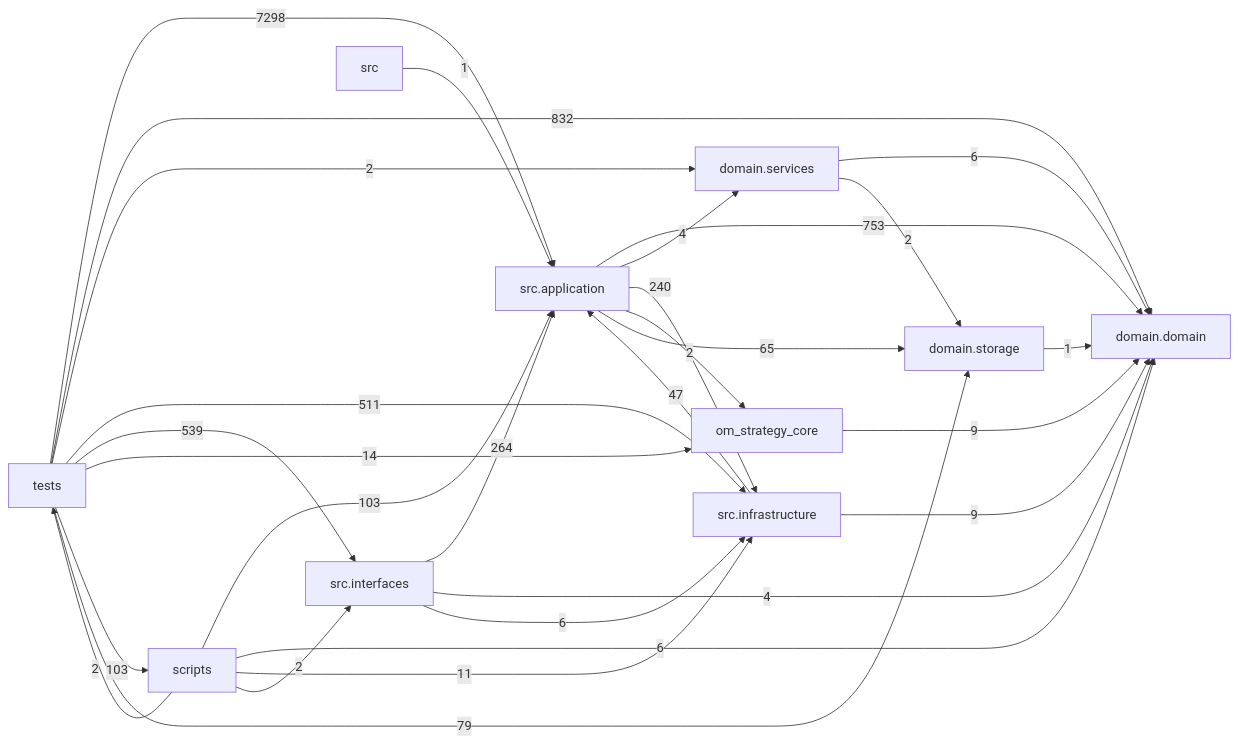
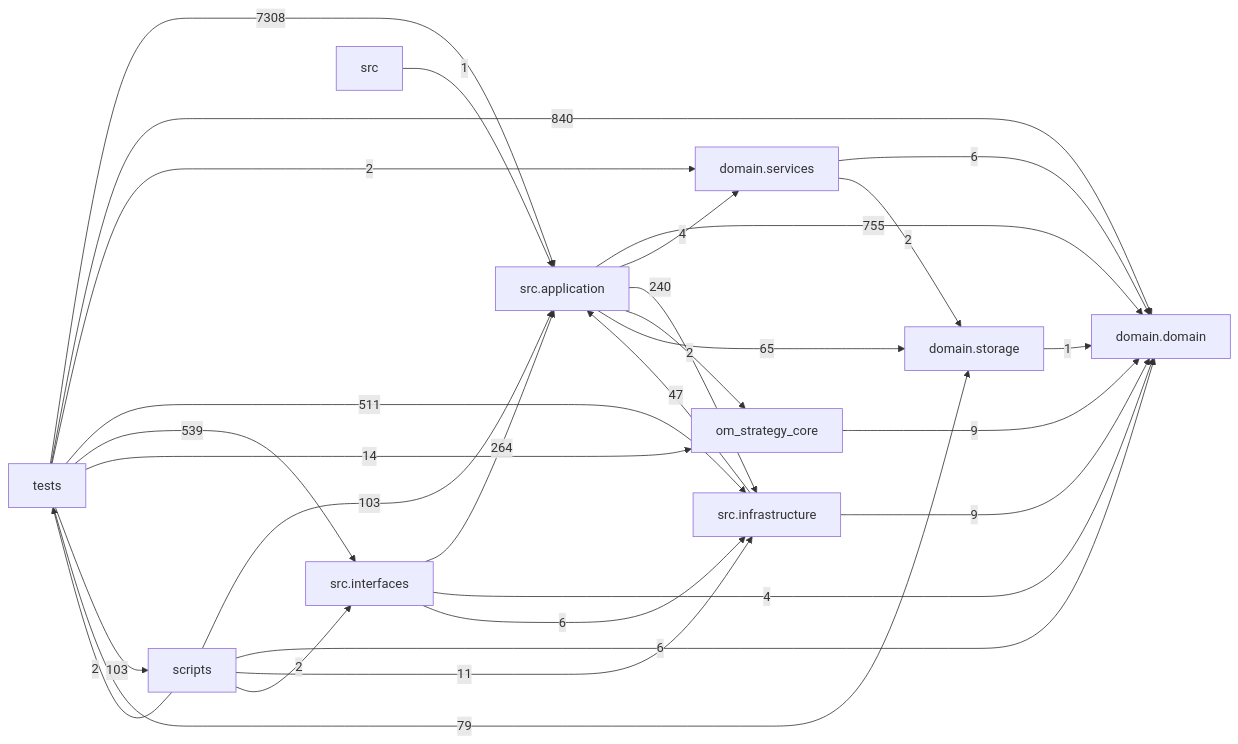
One commit to liuxie066/options-monitor changed the diagram in docs/DEPENDENCY_GRAPH.md. Above: the diagram before and after it, drawn with Mermaid. The commit also changed other lines of this file and 34 other files, not shown here.

````diff
--- a/docs/DEPENDENCY_GRAPH.md
+++ b/docs/DEPENDENCY_GRAPH.md
@@ -24,39 +24,39 @@
 ```mermaid
 flowchart LR
   tests["tests"]
   scripts["scripts"]
   interfaces["src.interfaces"]
   application["src.application"]
   infrastructure["src.infrastructure"]
   domain_services["domain.services"]
   domain["domain.domain"]
   storage["domain.storage"]
-  application -->|753| domain
+  application -->|755| domain
   application -->|4| domain_services
   application -->|240| infrastructure
   application -->|2| om_strategy_core
   application -->|65| storage
   domain_services -->|6| domain
   domain_services -->|2| storage
   infrastructure -->|47| application
   infrastructure -->|9| domain
   interfaces -->|264| application
   interfaces -->|4| domain
   interfaces -->|6| infrastructure
   om_strategy_core -->|9| domain
   scripts -->|103| application
   scripts -->|6| domain
   scripts -->|11| infrastructure
   scripts -->|2| interfaces
   scripts -->|2| tests
   src -->|1| application
   storage -->|1| domain
-  tests -->|7298| application
-  tests -->|832| domain
+  tests -->|7308| application
+  tests -->|840| domain
   tests -->|2| domain_services
   tests -->|511| infrastructure
   tests -->|539| interfaces
   tests -->|14| om_strategy_core
   tests -->|103| scripts
   tests -->|79| storage
 ```
````
